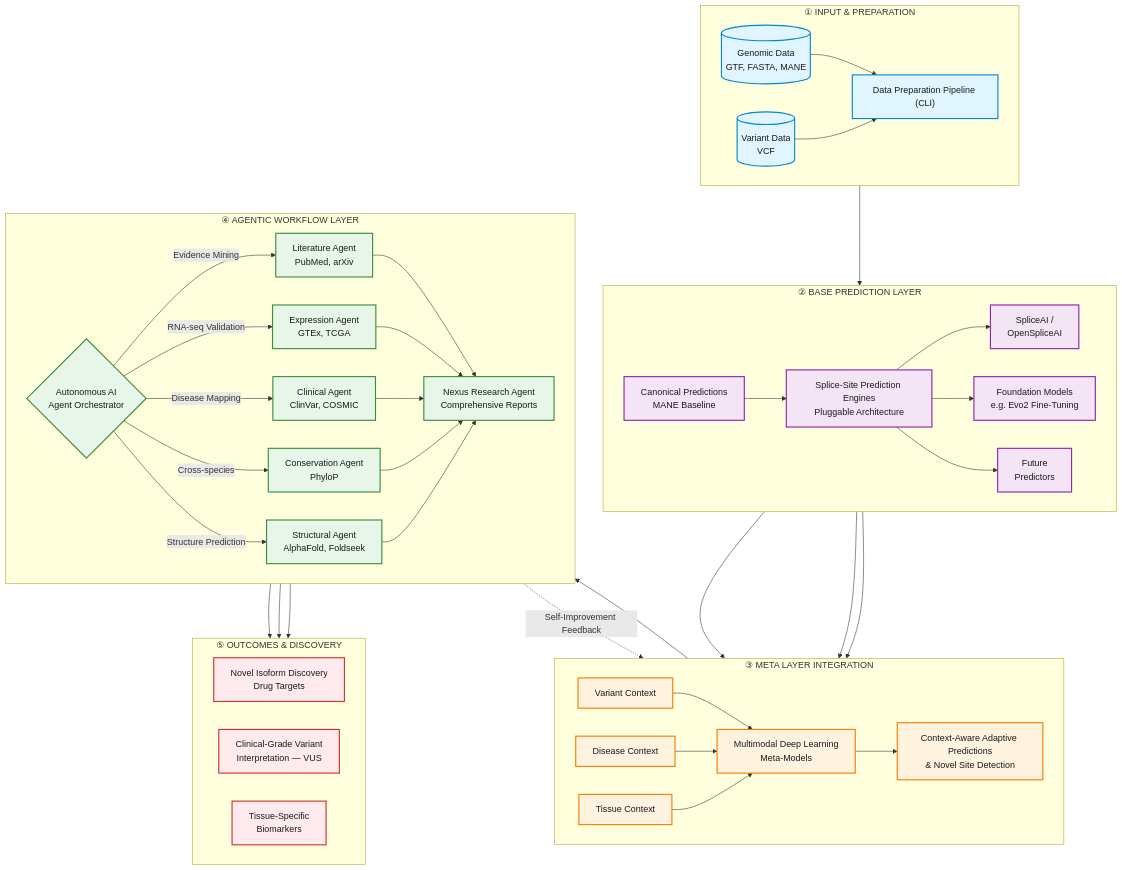
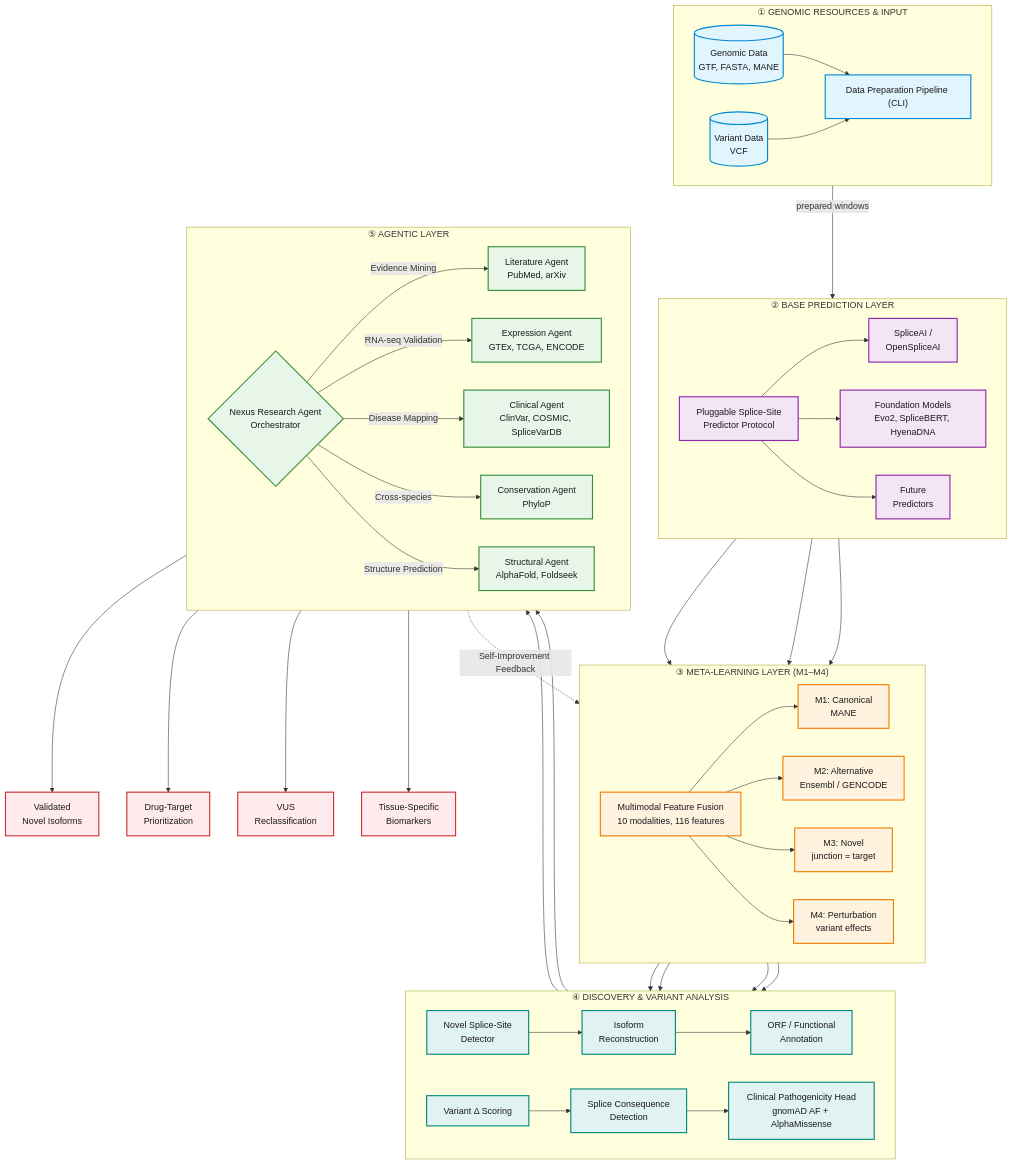
The first of 2 diagrams in README.md (pleiadian53/agentic-spliceai), drawn with Mermaid before and after one commit. The commit also changed other lines of this file and 1 other file, not shown here.

Commit message:
Refresh README workflow diagram
- Replace conceptual schematic with level-1 hero image.
- Restructure the Mermaid to match the 5-layer image: L4 is now
  Discovery & Variant Analysis (Phase 8 visible as a first-class
  branch with the clinical pathogenicity head), L5 is the Agentic
  Layer with Nexus as orchestrator. Outputs hang off Nexus as
  endpoints rather than a separate layer.
- Surface the M1-M4 hierarchy inside the Meta-Learning Layer.
- Name foundation models (Evo2, SpliceBERT, HyenaDNA) and drop the
  misleading "Canonical Predictions / MANE Baseline" node from L2
  (predictors produce canonical predictions; they are not an input).

````diff
--- a/README.md
+++ b/README.md
@@ -23,14 +23,15 @@
 ```mermaid
 graph TD
-    %% Color scheme matching the 5-layer workflow bands
+    %% Color scheme matching the 5-layer workflow bands in the schematic above
     classDef input fill:#e1f5fe,stroke:#0288d1,stroke-width:2px,color:#1a1a1a
     classDef base fill:#f3e5f5,stroke:#8e24aa,stroke-width:2px,color:#1a1a1a
     classDef meta fill:#fff3e0,stroke:#f57c00,stroke-width:2px,color:#1a1a1a
+    classDef discovery fill:#e0f2f1,stroke:#00897b,stroke-width:2px,color:#1a1a1a
     classDef agents fill:#e8f5e9,stroke:#388e3c,stroke-width:2px,color:#1a1a1a
     classDef output fill:#ffebee,stroke:#d32f2f,stroke-width:2px,color:#1a1a1a
 
     %% Layer 1: Input & Preparation
-    subgraph L1 ["① INPUT & PREPARATION"]
+    subgraph L1 ["① GENOMIC RESOURCES & INPUT"]
         direction LR
         A1[(Genomic Data<br/>GTF, FASTA, MANE)]:::input
         A2[(Variant Data<br/>VCF)]:::input
@@ -39,76 +40,85 @@
         A2 --> B
     end
 
-    %% Layer 2: Base Prediction Layer
+    %% Layer 2: Base Prediction Layer (pluggable per-nt 3-class protocol)
     subgraph L2 ["② BASE PREDICTION LAYER"]
         direction LR
-        C[Canonical Predictions<br/>MANE Baseline]:::base
-        D[Splice-Site Prediction Engines<br/>Pluggable Architecture]:::base
+        D[Pluggable Splice-Site<br/>Predictor Protocol]:::base
         D1[SpliceAI /<br/>OpenSpliceAI]:::base
-        D2[Foundation Models<br/>e.g. Evo2 Fine-Tuning]:::base
+        D2[Foundation Models<br/>Evo2, SpliceBERT, HyenaDNA]:::base
         D3[Future<br/>Predictors]:::base
-        C --> D
         D --> D1
         D --> D2
         D --> D3
     end
 
-    %% Layer 3: Meta Layer Integration
-    subgraph L3 ["③ META LAYER INTEGRATION"]
+    %% Layer 3: Meta-Learning Layer with M1-M4 hierarchy
+    subgraph L3 ["③ META-LEARNING LAYER (M1–M4)"]
         direction LR
-        E1[Variant Context]:::meta
-        E2[Disease Context]:::meta
-        E3[Tissue Context]:::meta
-        F[Multimodal Deep Learning<br/>Meta-Models]:::meta
-        G[Context-Aware Adaptive Predictions<br/>& Novel Site Detection]:::meta
-        E1 --> F
-        E2 --> F
-        E3 --> F
-        F --> G
+        F["Multimodal Feature Fusion<br/>10 modalities, 116 features"]:::meta
+        M1[M1: Canonical<br/>MANE]:::meta
+        M2[M2: Alternative<br/>Ensembl / GENCODE]:::meta
+        M3[M3: Novel<br/>junction = target]:::meta
+        M4[M4: Perturbation<br/>variant effects]:::meta
+        F --> M1
+        F --> M2
+        F --> M3
+        F --> M4
     end
 
-    %% Layer 4: Agentic Workflow Layer
-    subgraph L4 ["④ AGENTIC WORKFLOW LAYER"]
+    %% Layer 4: Discovery & Variant Analysis (two parallel sub-branches)
+    subgraph L4 ["④ DISCOVERY & VARIANT ANALYSIS"]
         direction LR
-        H{Autonomous AI<br/>Agent Orchestrator}:::agents
+        P1[Novel Splice-Site<br/>Detector]:::discovery
+        P2[Isoform<br/>Reconstruction]:::discovery
+        P3[ORF / Functional<br/>Annotation]:::discovery
+        Q1[Variant Δ Scoring]:::discovery
+        Q2[Splice Consequence<br/>Detection]:::discovery
+        Q3[Clinical Pathogenicity Head<br/>gnomAD AF + AlphaMissense]:::discovery
+        P1 --> P2 --> P3
+        Q1 --> Q2 --> Q3
+    end
+
+    %% Layer 5: Agentic Layer (orchestrator + specialist agents)
+    subgraph L5 ["⑤ AGENTIC LAYER"]
+        direction LR
+        H{Nexus Research Agent<br/>Orchestrator}:::agents
         I[Literature Agent<br/>PubMed, arXiv]:::agents
-        J[Expression Agent<br/>GTEx, TCGA]:::agents
-        K[Clinical Agent<br/>ClinVar, COSMIC]:::agents
+        J[Expression Agent<br/>GTEx, TCGA, ENCODE]:::agents
+        K[Clinical Agent<br/>ClinVar, COSMIC, SpliceVarDB]:::agents
         L[Conservation Agent<br/>PhyloP]:::agents
-        M[Structural Agent<br/>AlphaFold, Foldseek]:::agents
+        N[Structural Agent<br/>AlphaFold, Foldseek]:::agents
         H -->|Evidence Mining| I
         H -->|RNA-seq Validation| J
         H -->|Disease Mapping| K
         H -->|Cross-species| L
-        H -->|Structure Prediction| M
-        I --> S
-        J --> S
-        K --> S
-        L --> S
-        M --> S
-        S[Nexus Research Agent<br/>Comprehensive Reports]:::agents
+        H -->|Structure Prediction| N
     end
 
-    %% Layer 5: Outcomes & Discovery
-    subgraph L5 ["⑤ OUTCOMES & DISCOVERY"]
-        direction LR
-        N1[Novel Isoform Discovery<br/>Drug Targets]:::output
-        N2[Clinical-Grade Variant<br/>Interpretation — VUS]:::output
-        N3[Tissue-Specific<br/>Biomarkers]:::output
-    end
+    %% Outputs (endpoints — not a layer)
+    O1[Validated<br/>Novel Isoforms]:::output
+    O2[Drug-Target<br/>Prioritization]:::output
+    O3[VUS<br/>Reclassification]:::output
+    O4[Tissue-Specific<br/>Biomarkers]:::output
 
     %% Inter-layer flow
-    B --> D
+    B -->|prepared windows| D
     D1 --> F
     D2 --> F
     D3 --> F
-    G --> H
+    M3 --> P1
+    M1 --> P1
+    M2 --> P1
+    M4 --> Q1
+    P3 --> H
+    Q3 --> H
 
-    %% Self-improvement feedback loop
-    S -.->|Self-Improvement Feedback| F
+    %% Outputs from Nexus
+    H --> O1
+    H --> O2
+    H --> O3
+    H --> O4
 
-    %% Workflow to outcomes
-    S --> N1
-    S --> N2
-    S --> N3
+    %% Self-improvement feedback loop (Agentic → Meta-Learning)
+    H -.->|Self-Improvement Feedback| F
 ```
````
